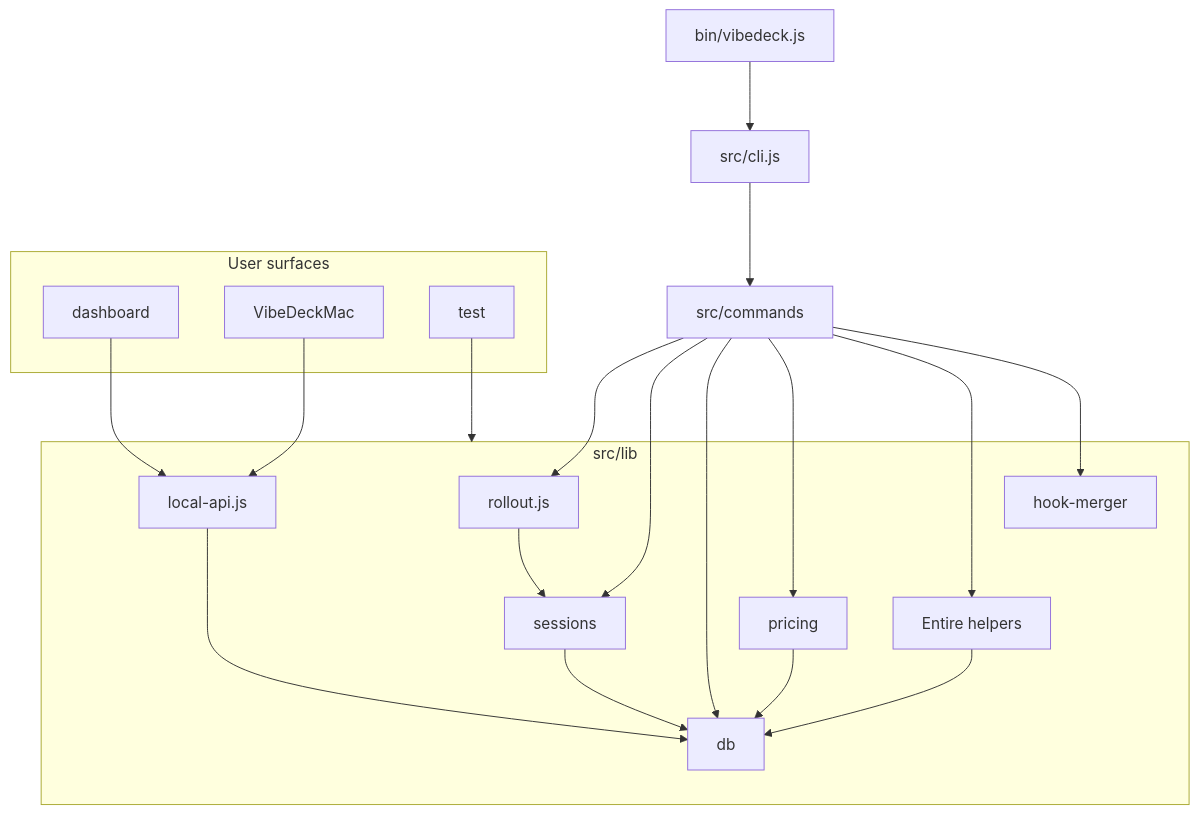
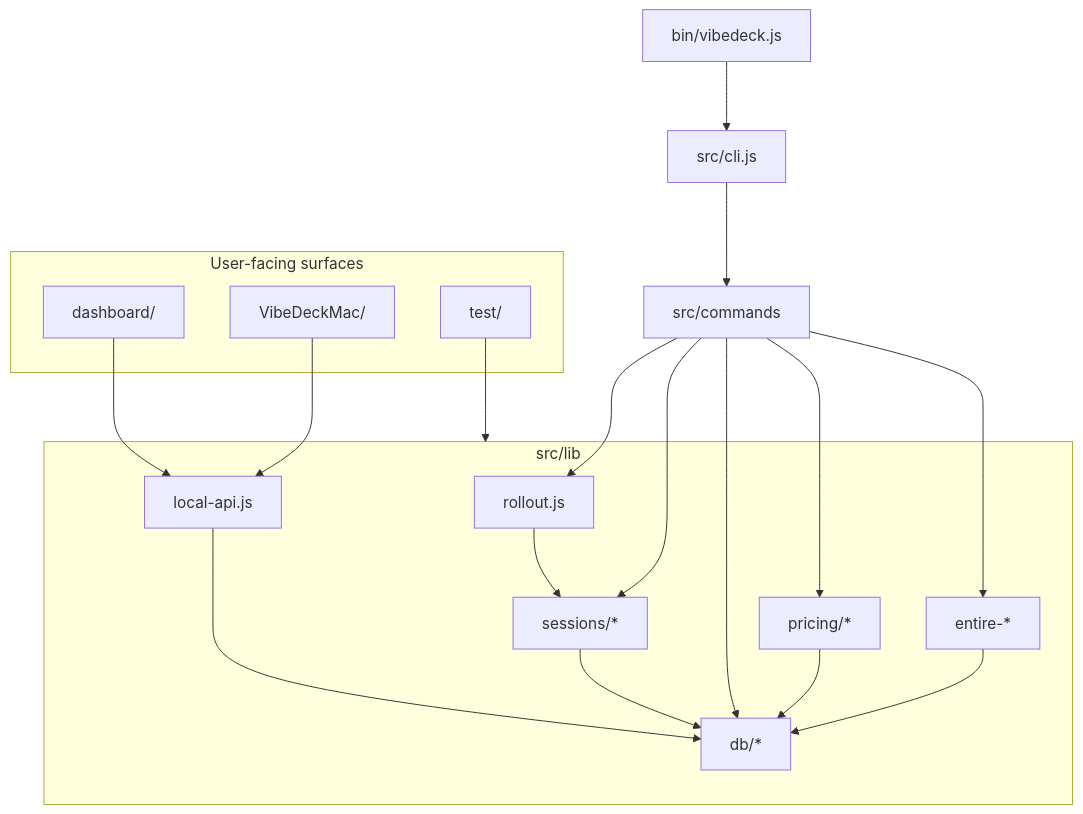
The fourth of 11 diagrams in docs/ARCHITECTURE.md (ivasuy/VibeDeck), drawn with Mermaid before and after one commit. The commit also changed other lines of this file and 42 other files, not shown here.

````diff
--- a/docs/ARCHITECTURE.md
+++ b/docs/ARCHITECTURE.md
@@ -94,39 +138,35 @@
 ```mermaid
 %%{init: {"flowchart": {"nodeSpacing": 48, "rankSpacing": 72, "curve": "basis"}} }%%
 flowchart TB
   Entry["bin/vibedeck.js"] --> CLI["src/cli.js"]
   CLI --> Commands["src/commands"]
 
-  subgraph Core["src/lib"]
+  subgraph Backend["src/lib"]
     Rollout["rollout.js"]
-    Sessions["sessions"]
-    DBLib["db"]
-    PricingLib["pricing"]
-    EntireLib["Entire helpers"]
-    HookLib["hook-merger"]
+    Sessions["sessions/*"]
+    DB["db/*"]
+    Pricing["pricing/*"]
+    EntireLib["entire-*"]
     LocalAPI["local-api.js"]
   end
 
-  subgraph Surfaces["User surfaces"]
-    Dashboard["dashboard"]
-    Native["VibeDeckMac"]
-    Tests["test"]
+  subgraph Product["User-facing surfaces"]
+    Dashboard["dashboard/"]
+    Native["VibeDeckMac/"]
+    Tests["test/"]
   end
 
   Commands --> Rollout
   Commands --> Sessions
-  Commands --> DBLib
-  Commands --> PricingLib
+  Commands --> DB
+  Commands --> Pricing
   Commands --> EntireLib
-  Commands --> HookLib
-
   Rollout --> Sessions
-  Sessions --> DBLib
-  PricingLib --> DBLib
-  EntireLib --> DBLib
-  LocalAPI --> DBLib
-
+  Sessions --> DB
+  Pricing --> DB
+  EntireLib --> DB
+  LocalAPI --> DB
   Dashboard --> LocalAPI
   Native --> LocalAPI
-  Tests --> Core
+  Tests --> Backend
 ```
````
